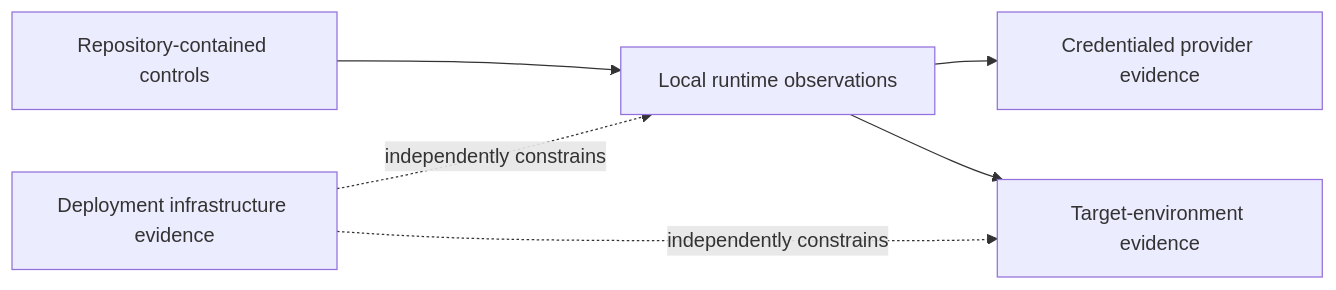
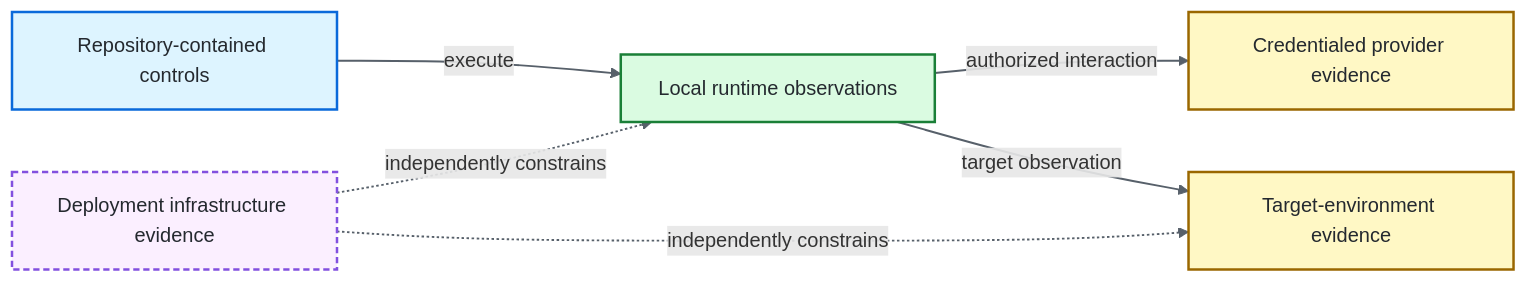
The diagram in docs/VERIFICATION_BOUNDARIES.md (portyu9/ai-qa-automation), drawn with Mermaid before and after one commit. The commit also changed other lines of this file, not shown here.

Commit message:
docs: clarify evidence ownership with accessible Mermaid

````diff
--- a/docs/VERIFICATION_BOUNDARIES.md
+++ b/docs/VERIFICATION_BOUNDARIES.md
@@ -16,8 +16,22 @@
 ```mermaid
 flowchart LR
-    R[Repository-contained controls] --> L[Local runtime observations]
-    L --> P[Credentialed provider evidence]
-    L --> T[Target-environment evidence]
+    accTitle: Evidence ownership domains and independent deployment constraints
+    accDescr: Repository-contained controls can produce local runtime observations. Local runtime observations can support credentialed provider and target-environment evidence. Deployment infrastructure independently constrains local execution and target interaction; one evidence domain cannot substitute for another.
+
+    R[Repository-contained controls] -->|execute| L[Local runtime observations]
+    L -->|authorized interaction| P[Credentialed provider evidence]
+    L -->|target observation| T[Target-environment evidence]
     D[Deployment infrastructure evidence] -. independently constrains .-> L
     D -. independently constrains .-> T
+
+    classDef repository fill:#ddf4ff,stroke:#0969da,color:#24292f,stroke-width:2px
+    classDef runtime fill:#dafbe1,stroke:#1a7f37,color:#24292f,stroke-width:2px
+    classDef external fill:#fff8c5,stroke:#9a6700,color:#24292f,stroke-width:2px
+    classDef deployment fill:#fbefff,stroke:#8250df,color:#24292f,stroke-width:2px,stroke-dasharray:5 3
+
+    class R repository
+    class L runtime
+    class P,T external
+    class D deployment
+    linkStyle default stroke:#57606a,stroke-width:1.5px
 ```
````
